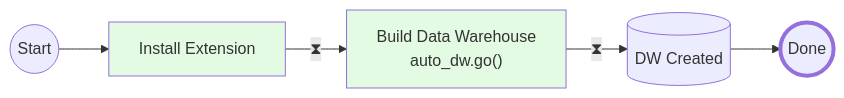
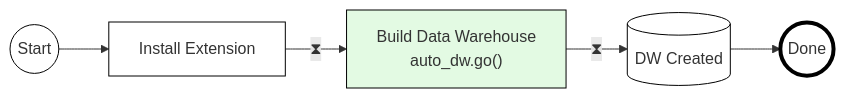
Before and after one commit to tembo-io/pg_auto_dw: the diagram in docs/vision_plus_script/readme.md, drawn with Mermaid.

````diff
--- a/docs/vision_plus_script/readme.md
+++ b/docs/vision_plus_script/readme.md
@@ -30,11 +30,12 @@
 ```mermaid
 flowchart LR
     Start(("Start")) --> ext["Install Extension"]
-    ext -- #10711; --> build["Build Data Warehouse\nauto_dw.go()"]
-    build -- #10711; --> DW[("DW Created")]
+    ext -- ﬂ°°10711¶ß --> build["Build Data Warehouse\nauto_dw.go()"]
+    build -- ﬂ°°10711¶ß --> DW[("DW Created")]
     DW --> Done(("Done"))
-    style Start stroke-width:1px
-    style ext color:none,fill:#e3fae3
-    style build fill:#e3fae3
-    style Done stroke-width:4px
+    style Start stroke-width:1px,fill:#FFFFFF,stroke:#000000
+    style ext color:none,fill:#FFFFFF,stroke:#000000
+    style build fill:#e3fae3,stroke:#000000
+    style DW fill:#FFFFFF,stroke:#000000
+    style Done stroke-width:4px,fill:#FFFFFF,stroke:#000000
 ```
````
